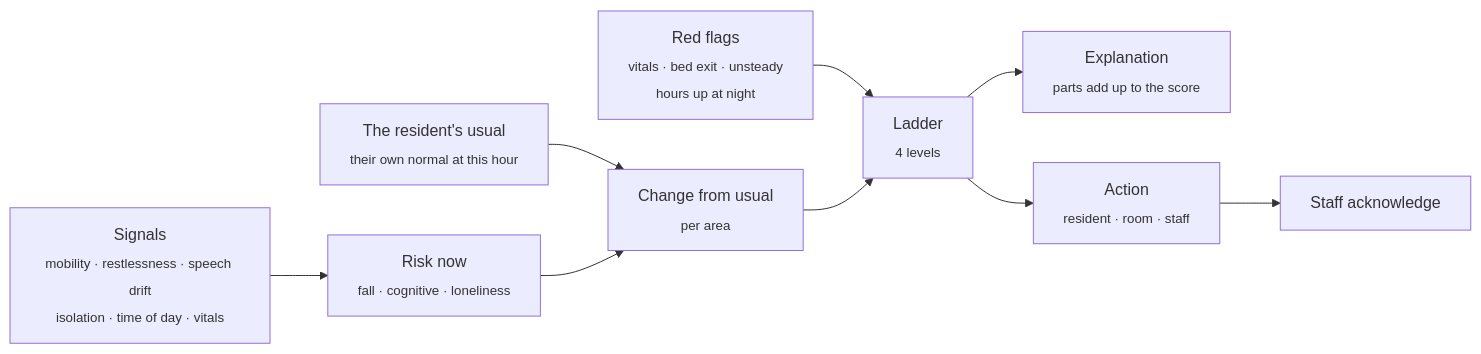
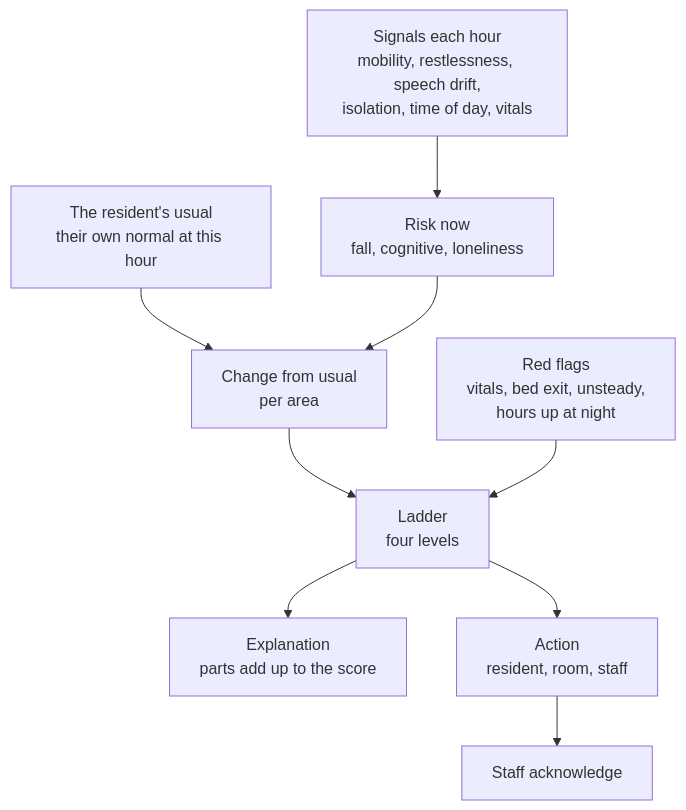
One commit to muratbaturay/aura changed the diagram in README.md. Above: the diagram before and after it, drawn with Mermaid.

Commit message:
README: top-down pipeline diagram with plain labels, legible on GitHub

````diff
--- a/README.md
+++ b/README.md
@@ -160,11 +160,11 @@
 ```mermaid
-flowchart LR
-    S["Signals<br/><sub>mobility · restlessness · speech drift<br/>isolation · time of day · vitals</sub>"] --> R["Risk now<br/><sub>fall · cognitive · loneliness</sub>"]
-    U["The resident's usual<br/><sub>their own normal at this hour</sub>"] --> C
-    R --> C["Change from usual<br/><sub>per area</sub>"]
-    F["Red flags<br/><sub>vitals · bed exit · unsteady<br/>hours up at night</sub>"] --> L
-    C --> L["Ladder<br/><sub>4 levels</sub>"]
-    L --> E["Explanation<br/><sub>parts add up to the score</sub>"]
-    L --> A["Action<br/><sub>resident · room · staff</sub>"]
+flowchart TD
+    S["Signals each hour<br/>mobility, restlessness, speech drift,<br/>isolation, time of day, vitals"] --> R["Risk now<br/>fall, cognitive, loneliness"]
+    U["The resident's usual<br/>their own normal at this hour"] --> C
+    R --> C["Change from usual<br/>per area"]
+    C --> L["Ladder<br/>four levels"]
+    F["Red flags<br/>vitals, bed exit, unsteady,<br/>hours up at night"] --> L
+    L --> E["Explanation<br/>parts add up to the score"]
+    L --> A["Action<br/>resident, room, staff"]
     A --> K["Staff acknowledge"]
 ```
````
